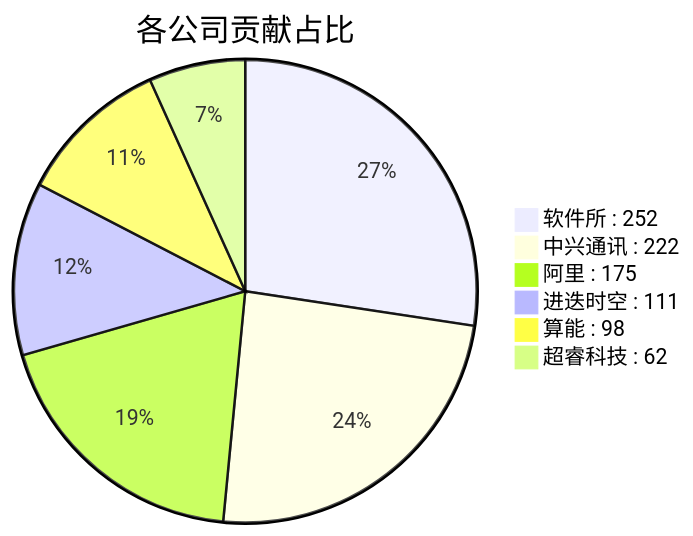
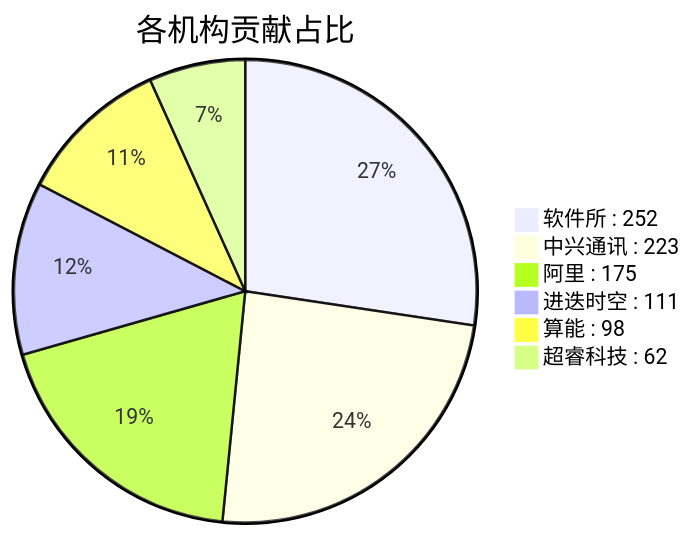
The diagram in docs/index.md (RVCK-Project/rvck), drawn with Mermaid before and after one commit. The commit also changed other lines of this file and 8 other files, not shown here.

````diff
--- a/docs/index.md
+++ b/docs/index.md
@@ -31,9 +31,9 @@
 ```mermaid
-pie title 各公司贡献占比
+pie title 各机构贡献占比
     "软件所 : 252" : 252
-    "中兴通讯 : 222" : 222
+    "中兴通讯 : 223" : 223
     "阿里 : 175" : 175
     "进迭时空 : 111" : 111
     "算能 : 98" : 98
     "超睿科技 : 62" : 62
 ```
````
